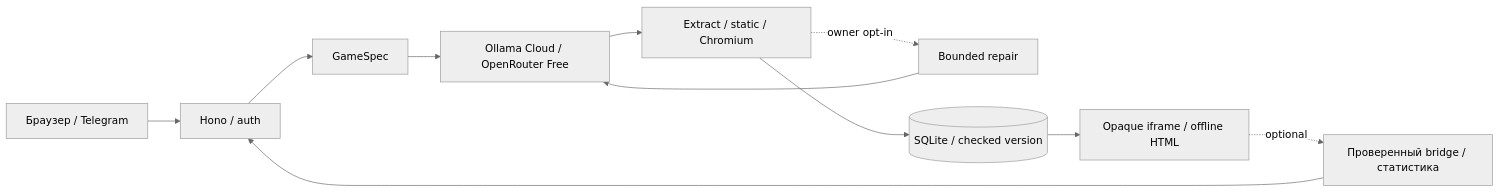
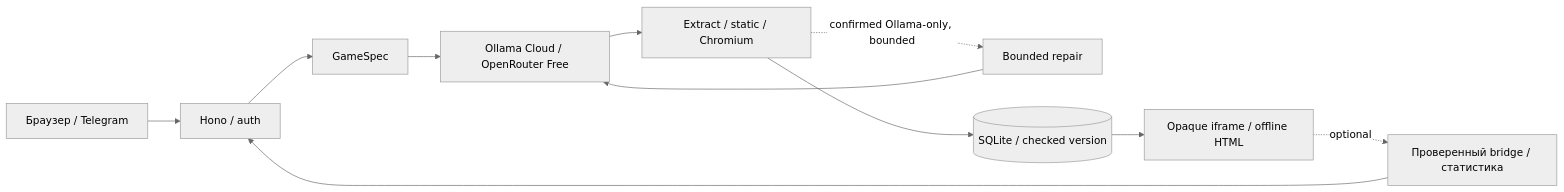
The diagram in docs/architecture.md (Sashido01/YAPLIX), drawn with Mermaid (neutral theme) before and after one commit. The commit also changed other lines of this file and 168 other files, not shown here.

````diff
--- a/docs/architecture.md
+++ b/docs/architecture.md
@@ -12,13 +61,13 @@
 ```mermaid
 flowchart LR
   UI[Браузер / Telegram] --> API[Hono / auth]
   API --> Spec[GameSpec]
   Spec --> LLM[Ollama Cloud / OpenRouter Free]
   LLM --> Check[Extract / static / Chromium]
-  Check -. owner opt-in .-> Repair[Bounded repair]
+  Check -. confirmed Ollama-only, bounded .-> Repair[Bounded repair]
   Repair --> LLM
   Check --> DB[(SQLite / checked version)]
   DB --> Game[Opaque iframe / offline HTML]
   Game -. optional .-> Events[Проверенный bridge / статистика]
   Events --> API
 ```
````
